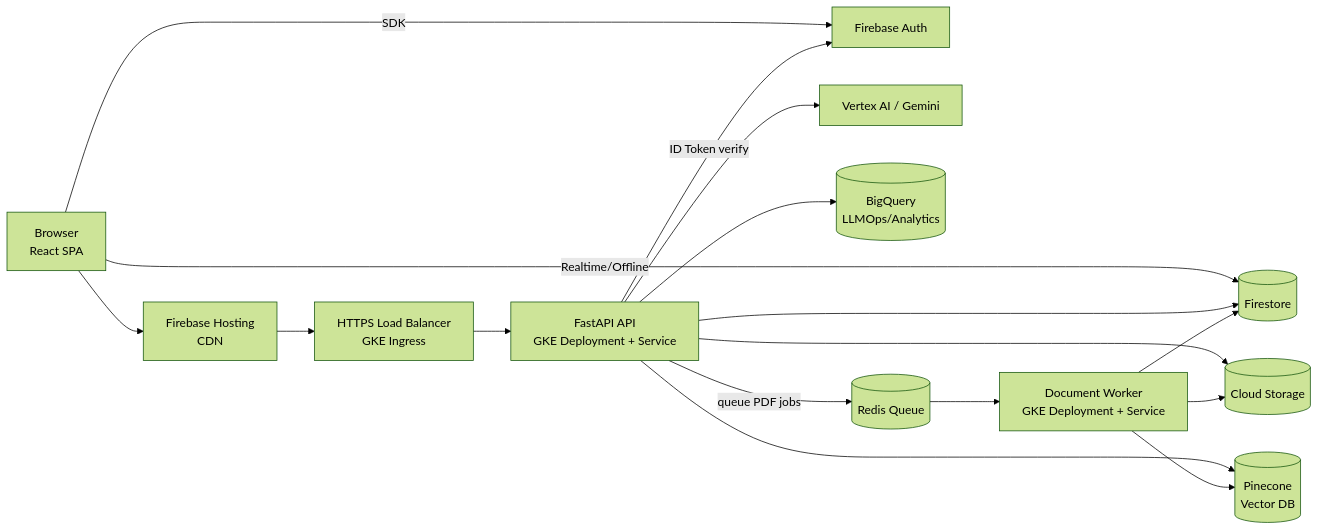
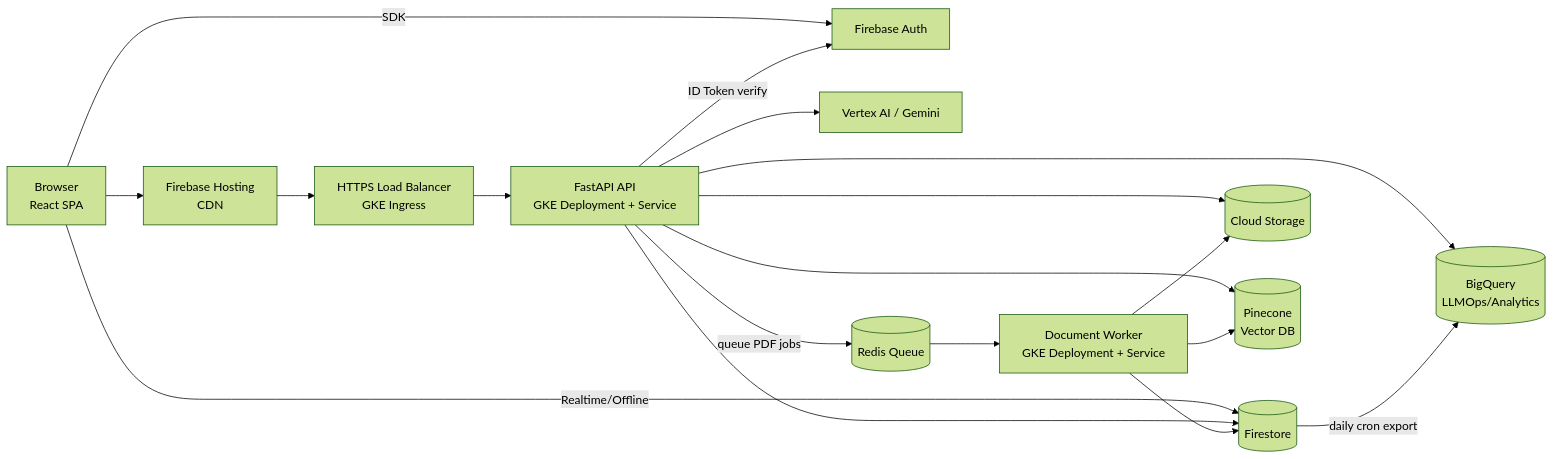
One commit to yongjiexue88/LearningAier changed the first of 2 diagrams in README.md. Above: the diagram before and after it, drawn with Mermaid (forest theme). The commit also changed other lines of this file, not shown here.

````diff
--- a/README.md
+++ b/README.md
@@ -15,21 +15,22 @@
 ```mermaid
 flowchart LR
     User[Browser<br/>React SPA] --> Hosting[Firebase Hosting<br/>CDN]
     Hosting --> Ingress[HTTPS Load Balancer<br/>GKE Ingress]
     Ingress --> API[FastAPI API<br/>GKE Deployment + Service]
     User -->|SDK| Auth[Firebase Auth]
     User -->|Realtime/Offline| Firestore[(Firestore)]
 
     API -->|ID Token verify| Auth
     API --> Firestore
     API --> Storage[(Cloud Storage)]
     API --> Pinecone[(Pinecone<br/>Vector DB)]
     API --> Gemini[Vertex AI / Gemini]
     API --> BigQuery[(BigQuery<br/>LLMOps/Analytics)]
+    Firestore -->|daily cron export| BigQuery
 
     API -->|queue PDF jobs| Redis[(Redis Queue)]
     Redis --> Worker[Document Worker<br/>GKE Deployment + Service]
     Worker --> Storage
     Worker --> Firestore
     Worker --> Pinecone
 ```
````
